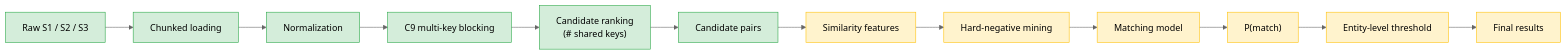
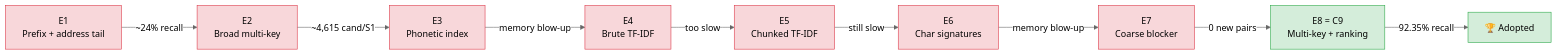
Before and after one commit to DharmiSapariya/Amazom_ML_Challenge_2026: the eighth of 17 diagrams in README.md, drawn with Mermaid (neutral theme). The commit also changed other lines of this file, not shown here.

````diff
--- a/README.md
+++ b/README.md
@@ -158,19 +189,16 @@
 ```mermaid
 flowchart LR
-    A["Raw S1 / S2 / S3"] --> B["Chunked loading"]
-    B --> C["Normalization"]
-    C --> D["C9 multi-key blocking"]
-    D --> E["Candidate ranking<br/>(# shared keys)"]
-    E --> F["Candidate pairs"]
-    F --> G["Similarity features"]
-    G --> H["Hard-negative mining"]
-    H --> I["Matching model"]
-    I --> J["P(match)"]
-    J --> K["Entity-level threshold"]
-    K --> L["Final results"]
+    E1["E1<br/>Prefix + address tail"] -->|"~24% recall"| E2["E2<br/>Broad multi-key"]
+    E2 -->|"~4,615 cand/S1"| E3["E3<br/>Phonetic index"]
+    E3 -->|"memory blow-up"| E4["E4<br/>Brute TF-IDF"]
+    E4 -->|"too slow"| E5["E5<br/>Chunked TF-IDF"]
+    E5 -->|"still slow"| E6["E6<br/>Char signatures"]
+    E6 -->|"memory blow-up"| E7["E7<br/>Coarse blocker"]
+    E7 -->|"0 new pairs"| E8["E8 = C9<br/>Multi-key + ranking"]
+    E8 -->|"92.35% recall"| W["🏆 Adopted"]
 
-    classDef done fill:#d4edda,stroke:#28a745,color:#000;
-    classDef todo fill:#fff3cd,stroke:#ffc107,color:#000;
-    class A,B,C,D,E,F done;
-    class G,H,I,J,K,L todo;
+    classDef bad fill:#f8d7da,stroke:#dc3545,color:#000;
+    classDef good fill:#d4edda,stroke:#28a745,color:#000;
+    class E1,E2,E3,E4,E5,E6,E7 bad;
+    class E8,W good;
 ```
````
